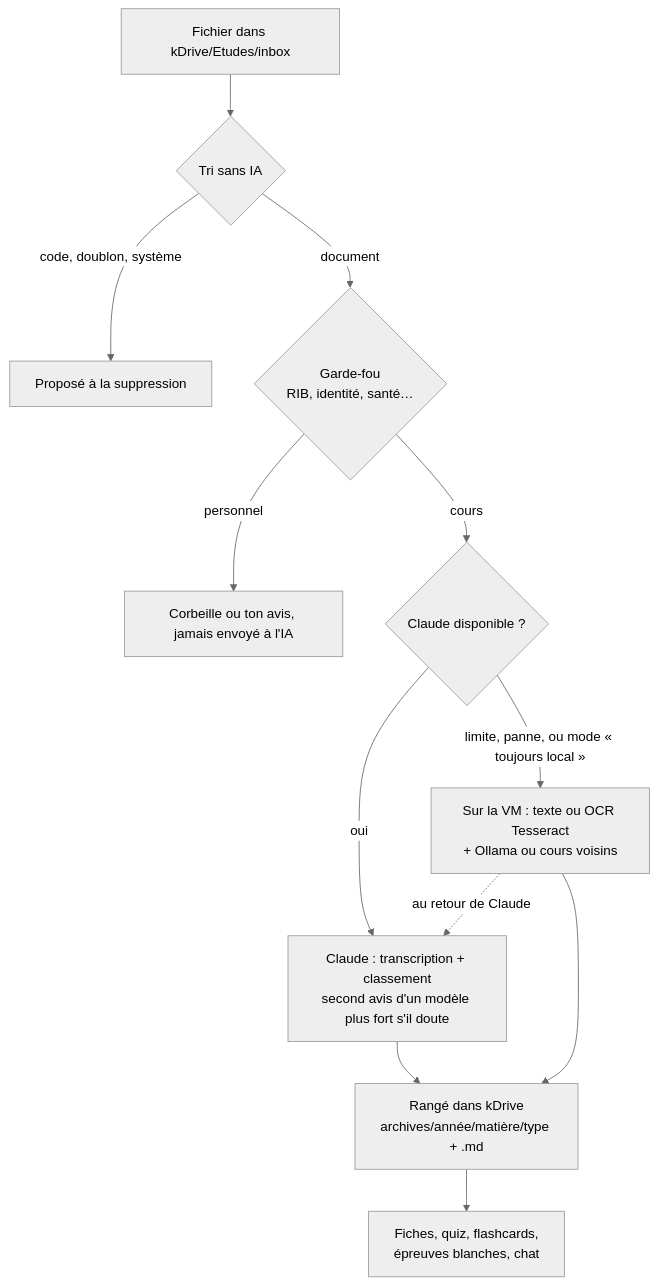
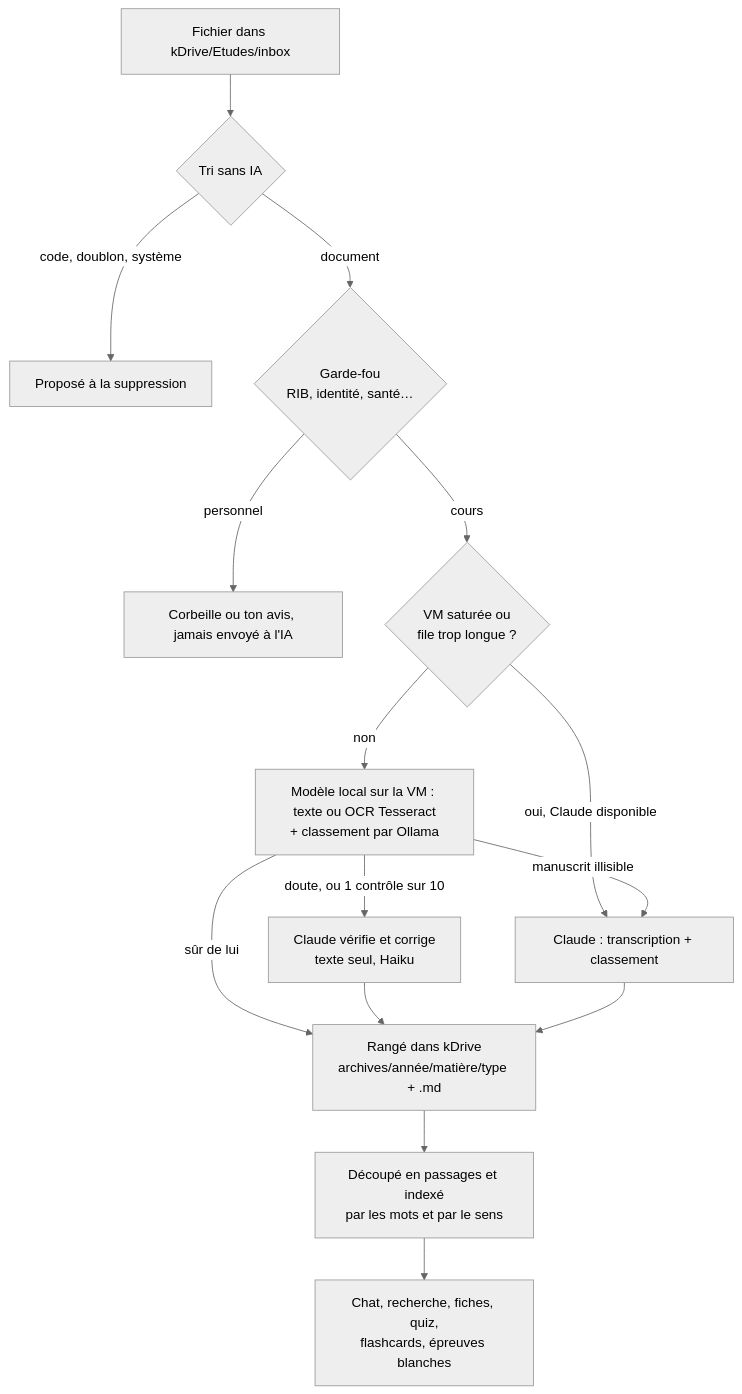
One commit to juteaucorp/claunote changed the second of 2 diagrams in README.md. Above: the diagram before and after it, drawn with Mermaid (neutral theme). The commit also changed other lines of this file and 43 other files, not shown here.

First line of the commit message:
Local d'abord (Claude aide et vérifie), index de tous les documents, menus regroupés (#33)

````diff
--- a/README.md
+++ b/README.md
@@ -65,14 +66,17 @@
 ```mermaid
 flowchart TD
     A[Fichier dans kDrive/Etudes/inbox] --> B{Tri sans IA}
     B -->|code, doublon, système| X[Proposé à la suppression]
     B -->|document| G{Garde-fou<br/>RIB, identité, santé…}
     G -->|personnel| Y[Corbeille ou ton avis, jamais envoyé à l'IA]
-    G -->|cours| D{Claude disponible ?}
-    D -->|oui| C[Claude : transcription + classement<br/>second avis d'un modèle plus fort s'il doute]
-    D -->|limite, panne, ou mode « toujours local »| L[Sur la VM : texte ou OCR Tesseract<br/>+ Ollama ou cours voisins]
-    L -.->|au retour de Claude| C
+    G -->|cours| S{VM saturée ou<br/>file trop longue ?}
+    S -->|non| L[Modèle local sur la VM : texte ou OCR Tesseract<br/>+ classement par Ollama]
+    S -->|oui, Claude disponible| C[Claude : transcription + classement]
+    L -->|manuscrit illisible| C
+    L -->|doute, ou 1 contrôle sur 10| V2[Claude vérifie et corrige<br/>texte seul, Haiku]
+    L -->|sûr de lui| R
+    V2 --> R
     C --> R[Rangé dans kDrive<br/>archives/année/matière/type + .md]
-    L --> R
-    R --> V[Fiches, quiz, flashcards,<br/>épreuves blanches, chat]
+    R --> I[Découpé en passages et indexé<br/>par les mots et par le sens]
+    I --> V[Chat, recherche, fiches, quiz,<br/>flashcards, épreuves blanches]
 ```
````
